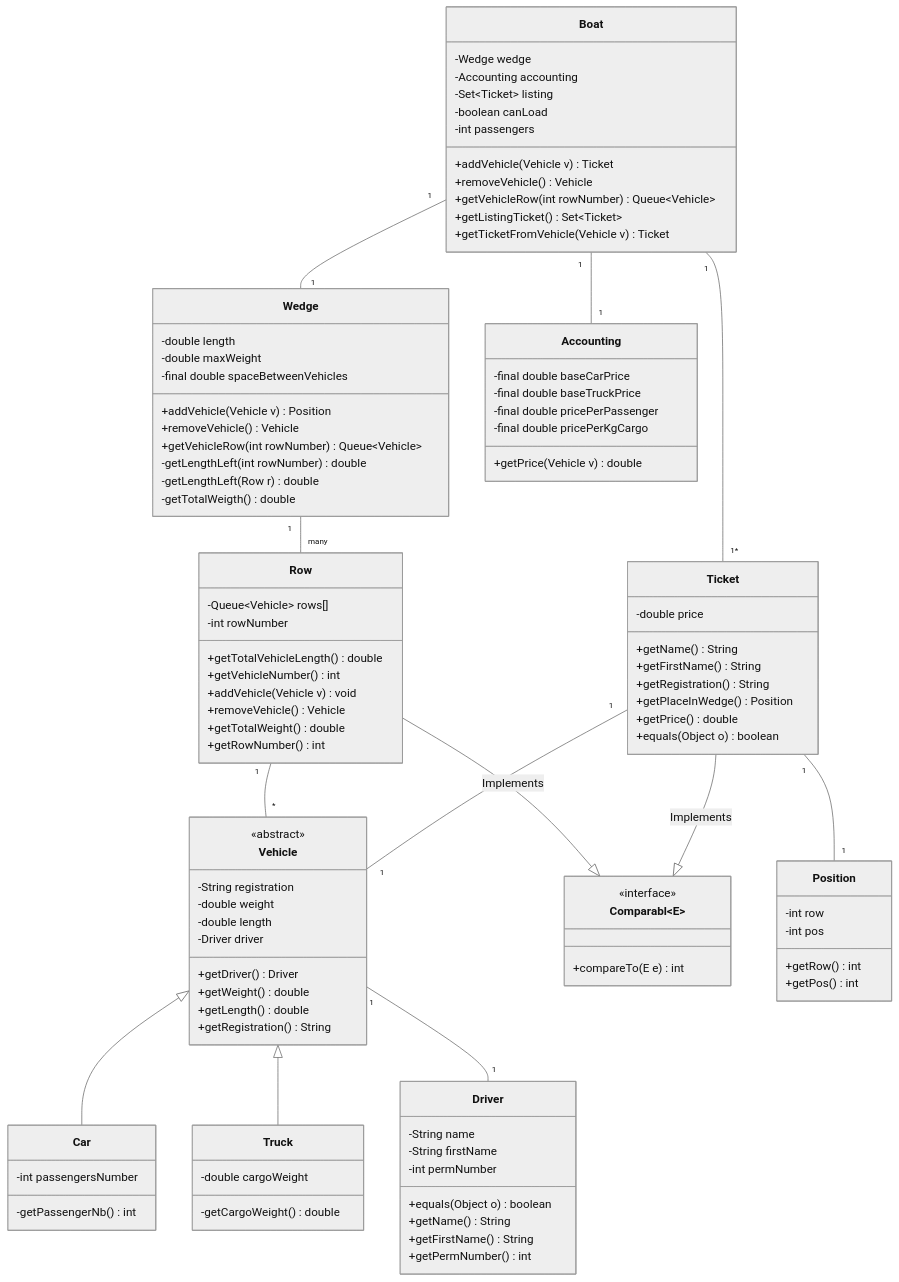
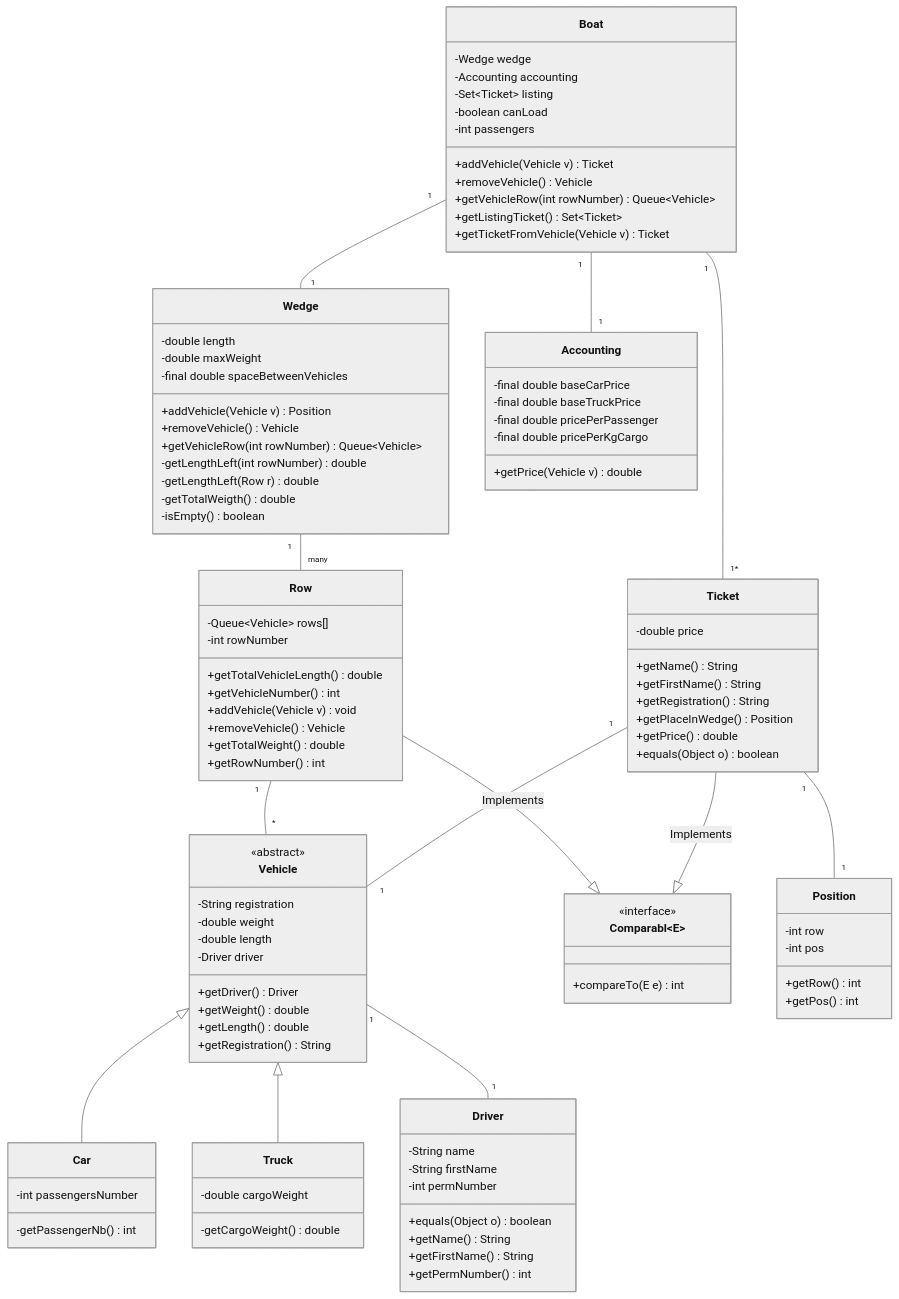
Before and after one commit to thebosslol66/OBERON_GROSDIDIER_CARFERRY: the diagram in README.md, drawn with Mermaid (neutral theme). The commit also changed 5 other files, not shown here.

```diff
--- a/README.md
+++ b/README.md
@@ -92,6 +92,7 @@
     -getLengthLeft(int rowNumber) double
     -getLengthLeft(Row r) double
     -getTotalWeigth() double
+    -isEmpty() boolean
 }
 
 class Ticket {
```
